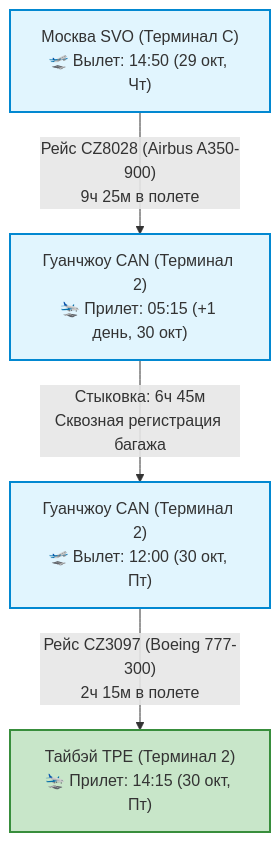
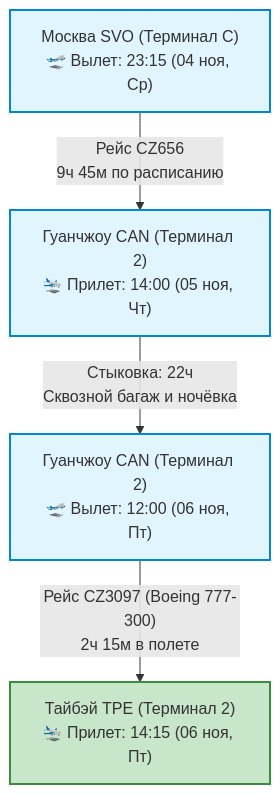
The first of 2 diagrams in Personal Note/Travel/-- Taiwan/03 - Бронирования/Авиаперелеты.md (injurka/obsidian-mark), drawn with Mermaid before and after one commit. The commit also changed other lines of this file and 156 other files, not shown here.

````diff
--- a/Personal Note/Travel/-- Taiwan/03 - Бронирования/Авиаперелеты.md
+++ b/Personal Note/Travel/-- Taiwan/03 - Бронирования/Авиаперелеты.md
@@ -19,11 +19,11 @@
 ```mermaid
 graph TD
-    SVO["Москва SVO (Терминал C)<br>🛫 Вылет: 14:50 (29 окт, Чт)"] -->|"Рейс CZ8028 (Airbus A350-900)<br>9ч 25м в полете"| CAN_ARR["Гуанчжоу CAN (Терминал 2)<br>🛬 Прилет: 05:15 (+1 день, 30 окт)"]
-    CAN_ARR -->|"Стыковка: 6ч 45м<br>Сквозная регистрация багажа"| CAN_DEP["Гуанчжоу CAN (Терминал 2)<br>🛫 Вылет: 12:00 (30 окт, Пт)"]
-    CAN_DEP -->|"Рейс CZ3097 (Boeing 777-300)<br>2ч 15м в полете"| TPE["Тайбэй TPE (Терминал 2)<br>🛬 Прилет: 14:15 (30 окт, Пт)"]
+    SVO["Москва SVO (Терминал C)<br>🛫 Вылет: 23:15 (04 ноя, Ср)"] -->|"Рейс CZ656<br>9ч 45м по расписанию"| CAN_ARR["Гуанчжоу CAN (Терминал 2)<br>🛬 Прилет: 14:00 (05 ноя, Чт)"]
+    CAN_ARR -->|"Стыковка: 22ч<br>Сквозной багаж и ночёвка"| CAN_DEP["Гуанчжоу CAN (Терминал 2)<br>🛫 Вылет: 12:00 (06 ноя, Пт)"]
+    CAN_DEP -->|"Рейс CZ3097 (Boeing 777-300)<br>2ч 15м в полете"| TPE["Тайбэй TPE (Терминал 2)<br>🛬 Прилет: 14:15 (06 ноя, Пт)"]
 
     classDef flight fill:#e1f5fe,stroke:#0288d1,stroke-width:2px;
     classDef tpe fill:#c8e6c9,stroke:#388e3c,stroke-width:2px;
     class SVO,CAN_ARR,CAN_DEP flight;
     class TPE tpe;
 ```
````
